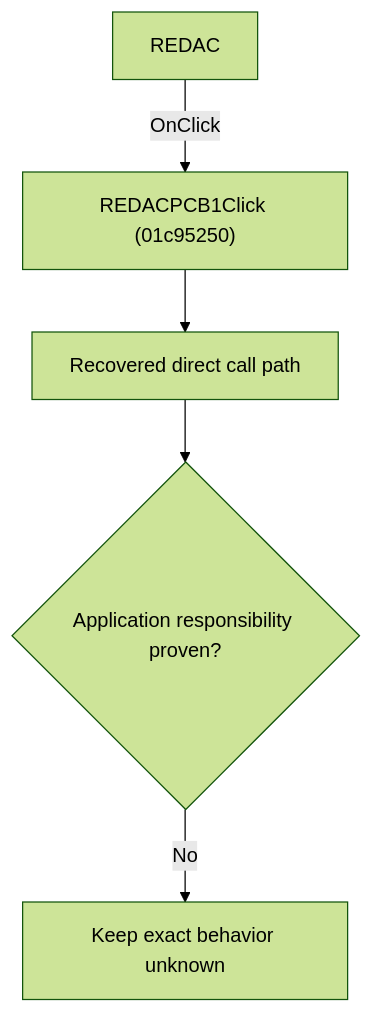
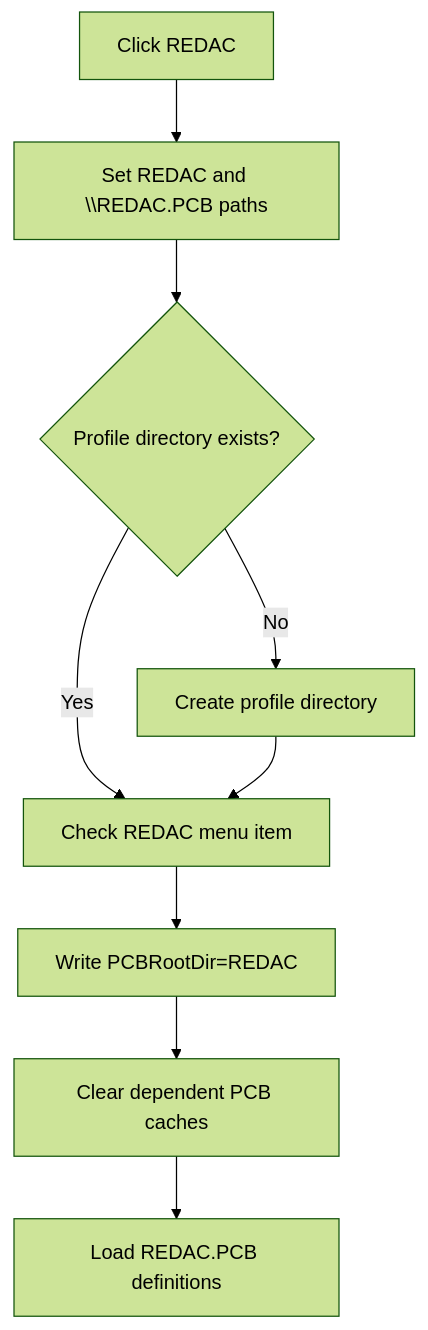
One commit to MovGP0/TIARA changed the diagram in docs/ui-controls/schematiceditor/redacpcb1-4170a33203.md. Above: the diagram before and after it, drawn with Mermaid (forest theme). The commit also changed other lines of this file and 241 other files, not shown here.

````diff
--- a/docs/ui-controls/schematiceditor/redacpcb1-4170a33203.md
+++ b/docs/ui-controls/schematiceditor/redacpcb1-4170a33203.md
@@ -27,7 +27,11 @@
 ```mermaid
 flowchart TD
-    control["REDAC"] -->|"OnClick"| handler["REDACPCB1Click (01c95250)"]
-    handler --> recovered["Recovered direct call path"]
-    recovered --> gap{"Application responsibility proven?"}
-    gap -->|"No"| blocked["Keep exact behavior unknown"]
+    control["Click REDAC"] --> profile["Set REDAC and \\REDAC.PCB paths"]
+    profile --> exists{"Profile directory exists?"}
+    exists -->|"No"| create["Create profile directory"]
+    exists -->|"Yes"| check["Check REDAC menu item"]
+    create --> check
+    check --> persist["Write PCBRootDir=REDAC"]
+    persist --> reset["Clear dependent PCB caches"]
+    reset --> load["Load REDAC.PCB definitions"]
 ```
````
